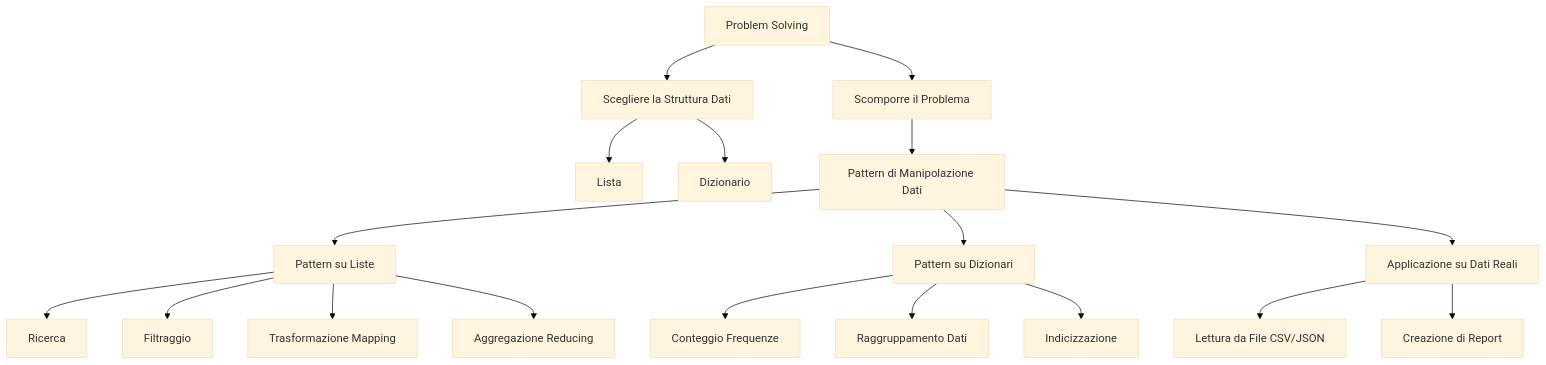
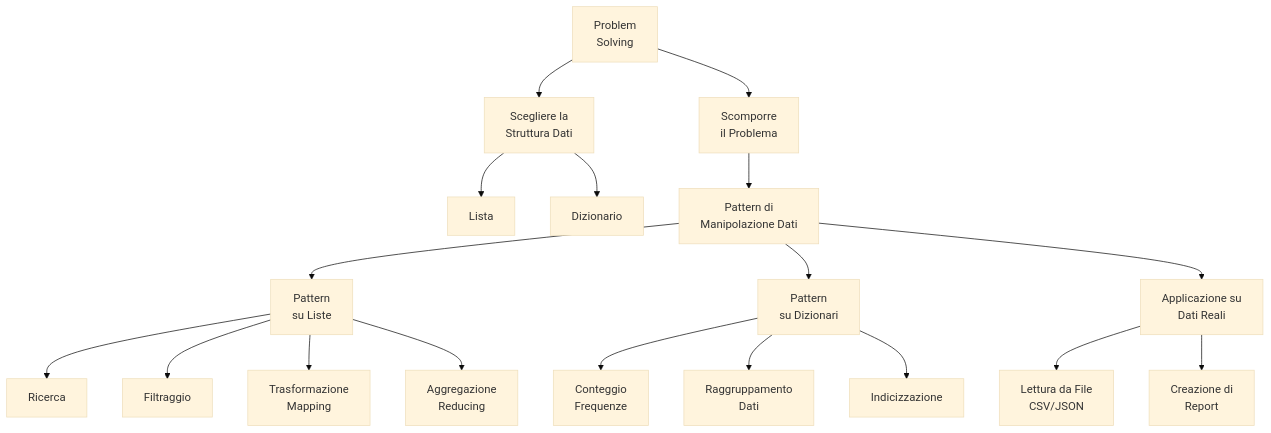
The diagram in 01_Fondamenti_di_Programmazione/05_Logica_e_Manipolazione_Dati/01_Mappa_Concettuale_Logica.md (angelogalantiscuola/IT), drawn with Mermaid (base theme) before and after one commit. The commit also changed 4 other files, not shown here.

````diff
--- a/01_Fondamenti_di_Programmazione/05_Logica_e_Manipolazione_Dati/01_Mappa_Concettuale_Logica.md
+++ b/01_Fondamenti_di_Programmazione/05_Logica_e_Manipolazione_Dati/01_Mappa_Concettuale_Logica.md
@@ -5,24 +5,24 @@
 ```mermaid
 graph TD
-    A[Problem Solving] --> B[Scomporre il Problema];
-    A --> C[Scegliere la Struttura Dati];
+    A[Problem<br>Solving] --> B[Scomporre<br>il Problema];
+    A --> C[Scegliere la<br>Struttura Dati];
     C --> C1[Lista];
     C --> C2[Dizionario];
 
-    B --> D[Pattern di Manipolazione Dati];
+    B --> D[Pattern di<br>Manipolazione Dati];
 
-    D --> E[Pattern su Liste];
+    D --> E[Pattern<br>su Liste];
     E --> E1[Ricerca];
     E --> E2[Filtraggio];
-    E --> E3[Trasformazione Mapping];
-    E --> E4[Aggregazione Reducing];
+    E --> E3[Trasformazione<br>Mapping];
+    E --> E4[Aggregazione<br>Reducing];
 
-    D --> F[Pattern su Dizionari];
-    F --> F1[Conteggio Frequenze];
-    F --> F2[Raggruppamento Dati];
+    D --> F[Pattern<br>su Dizionari];
+    F --> F1[Conteggio<br>Frequenze];
+    F --> F2[Raggruppamento<br>Dati];
     F --> F3[Indicizzazione];
 
-    D --> G[Applicazione su Dati Reali];
-    G --> G1[Lettura da File CSV/JSON];
-    G --> G2[Creazione di Report];
+    D --> G[Applicazione su<br>Dati Reali];
+    G --> G1[Lettura da File<br>CSV/JSON];
+    G --> G2[Creazione di<br>Report];
 ```
````
